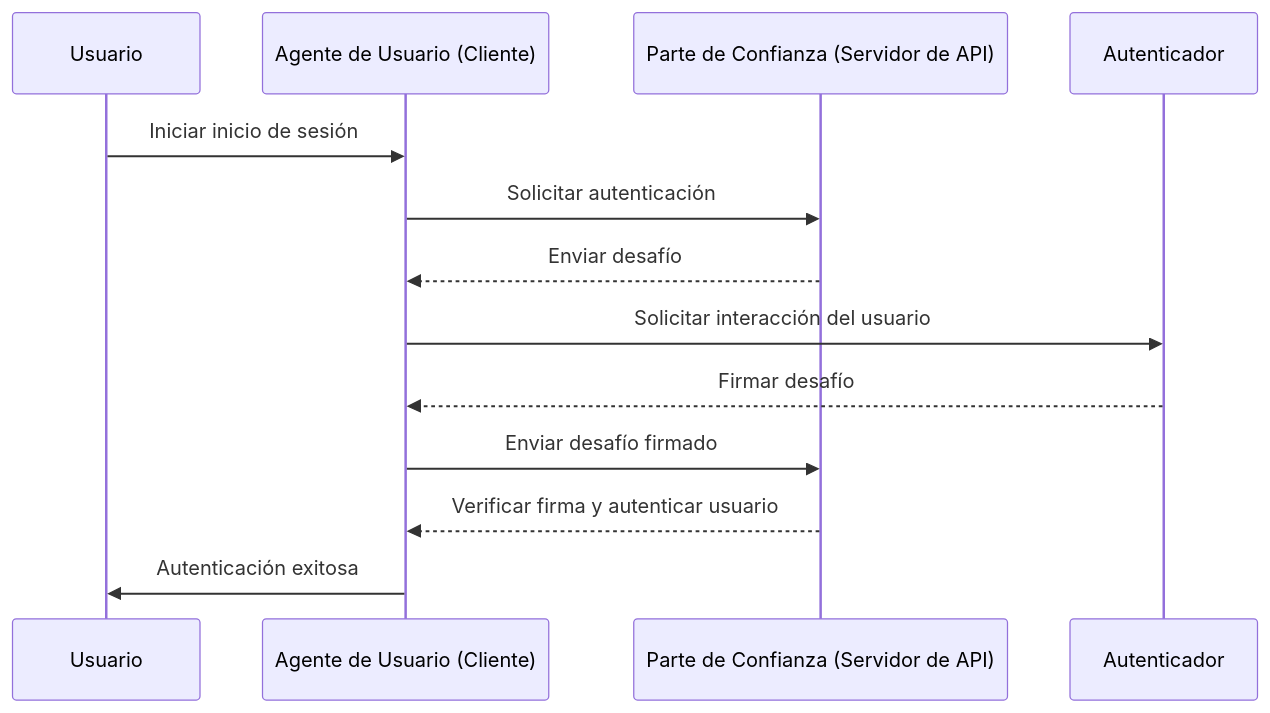
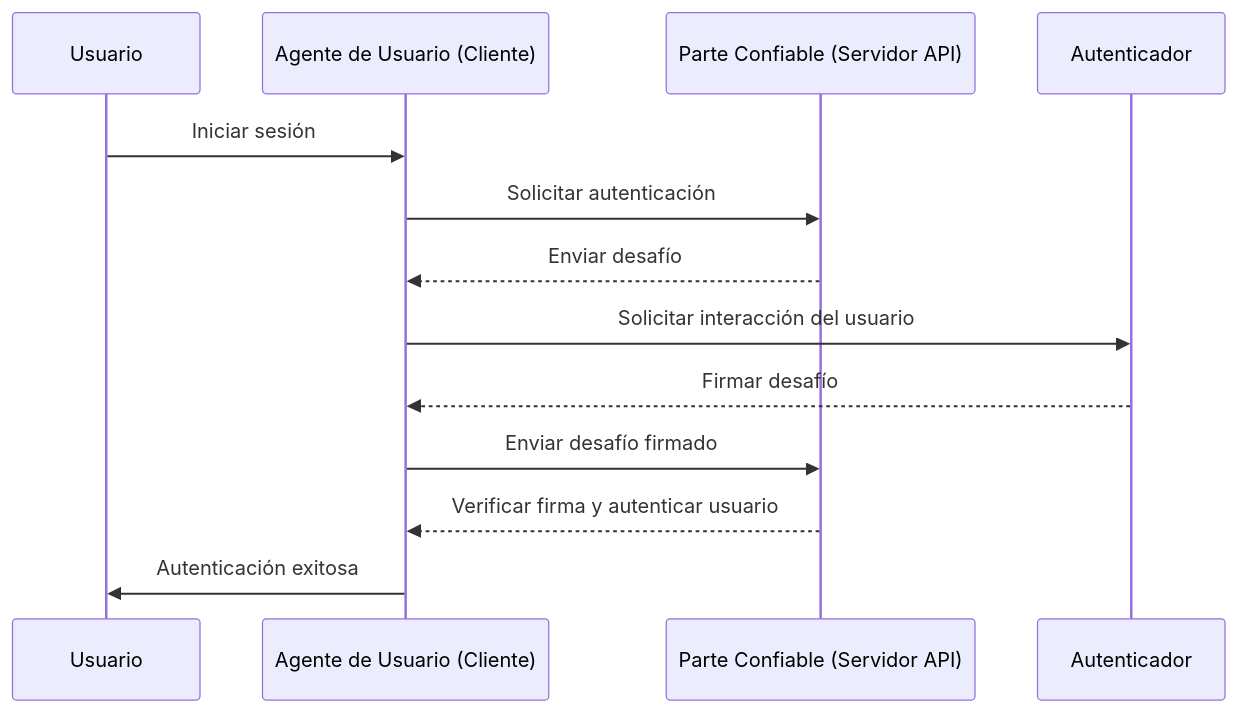
One commit to logto-io/auth-wiki changed the second of 2 diagrams in src/content/terms/es/webauthn.mdx. Above: the diagram before and after it, drawn with Mermaid. The commit also changed other lines of this file and 98 other files, not shown here.

````diff
--- a/src/content/terms/es/webauthn.mdx
+++ b/src/content/terms/es/webauthn.mdx
@@ -67,16 +75,16 @@
 ```mermaid
 sequenceDiagram
 	participant Usuario
 	participant Agente de Usuario (Cliente)
-	participant Parte de Confianza (Servidor de API)
+	participant Parte Confiable (Servidor API)
 	participant Autenticador
 
-	Usuario ->> Agente de Usuario (Cliente): Iniciar inicio de sesión
-	Agente de Usuario (Cliente) ->> Parte de Confianza (Servidor de API): Solicitar autenticación
-	Parte de Confianza (Servidor de API) -->> Agente de Usuario (Cliente): Enviar desafío
+	Usuario ->> Agente de Usuario (Cliente): Iniciar sesión
+	Agente de Usuario (Cliente) ->> Parte Confiable (Servidor API): Solicitar autenticación
+	Parte Confiable (Servidor API) -->> Agente de Usuario (Cliente): Enviar desafío
 	Agente de Usuario (Cliente) ->> Autenticador: Solicitar interacción del usuario
 	Autenticador -->> Agente de Usuario (Cliente): Firmar desafío
-	Agente de Usuario (Cliente) ->> Parte de Confianza (Servidor de API): Enviar desafío firmado
-	Parte de Confianza (Servidor de API) -->> Agente de Usuario (Cliente): Verificar firma y autenticar usuario
+	Agente de Usuario (Cliente) ->> Parte Confiable (Servidor API): Enviar desafío firmado
+	Parte Confiable (Servidor API) -->> Agente de Usuario (Cliente): Verificar firma y autenticar usuario
 	Agente de Usuario (Cliente) ->> Usuario: Autenticación exitosa
 ```
````
